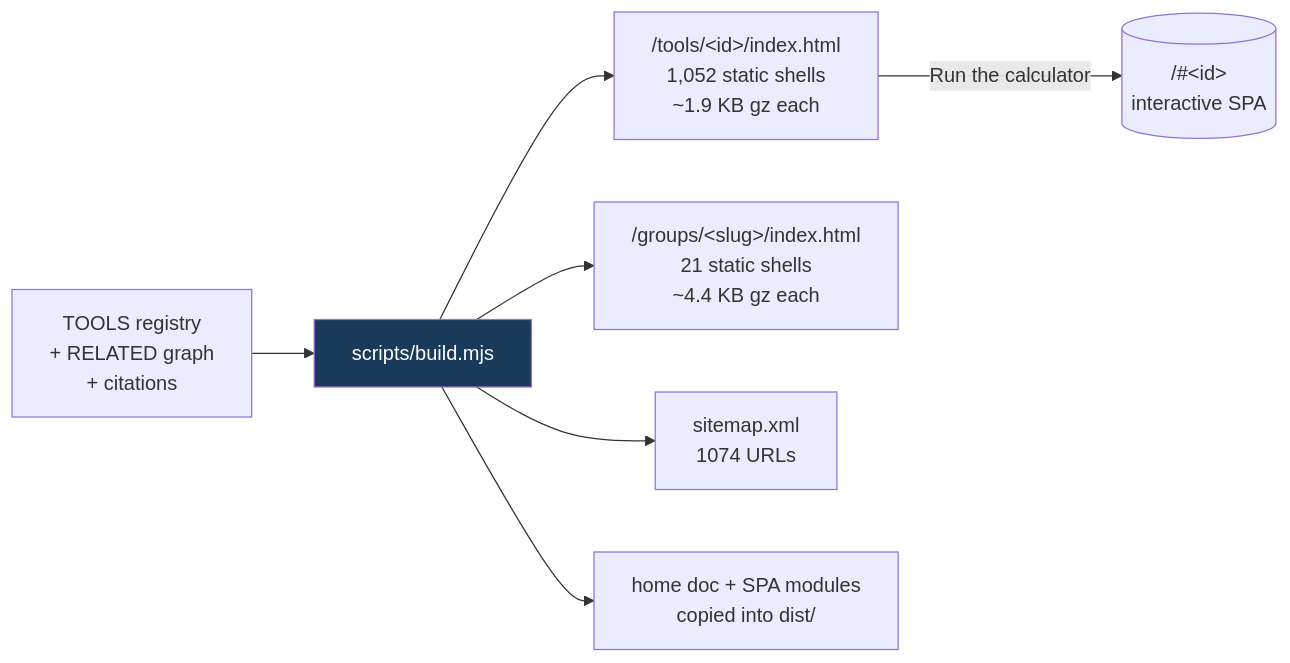
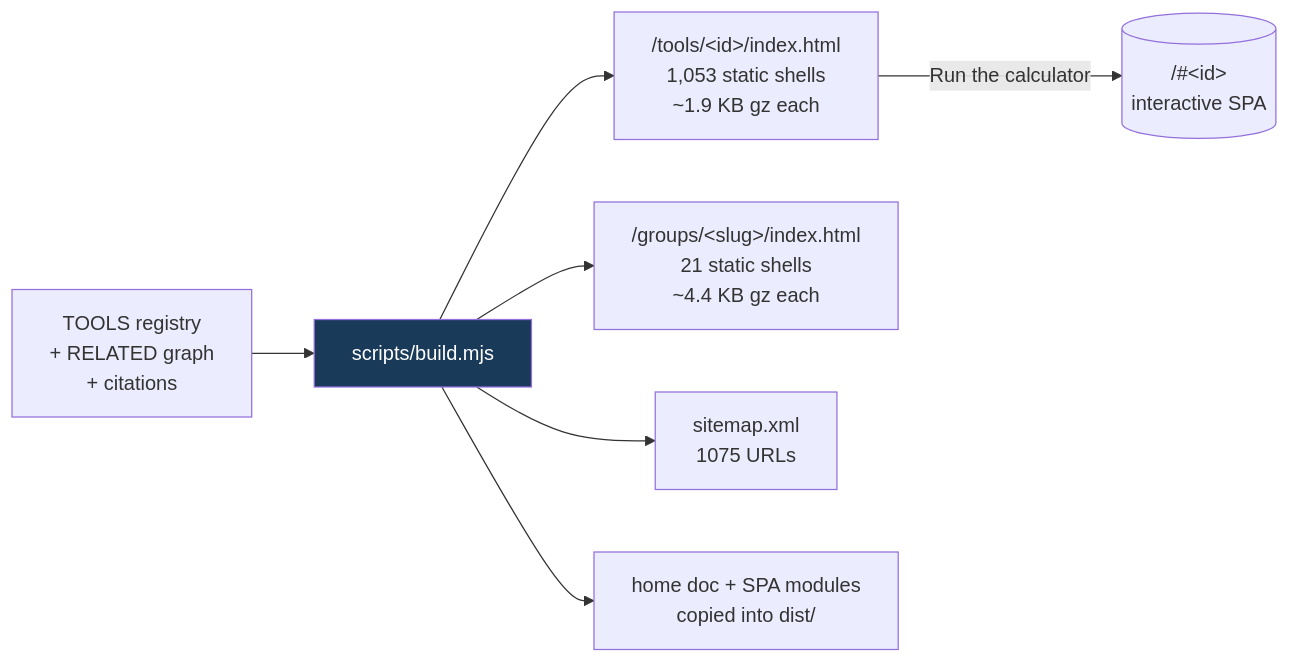
The fifth of 8 diagrams in README.md (clay-good/roughlogic.com), drawn with Mermaid before and after one commit. The commit also changed other lines of this file and 14 other files, not shown here.

````diff
--- a/README.md
+++ b/README.md
@@ -495,10 +495,10 @@
 ```mermaid
 flowchart LR
     SRC[TOOLS registry\n+ RELATED graph\n+ citations] --> BUILD[scripts/build.mjs]
-    BUILD --> TILE["/tools/&lt;id&gt;/index.html\n1,052 static shells\n~1.9 KB gz each"]
+    BUILD --> TILE["/tools/&lt;id&gt;/index.html\n1,053 static shells\n~1.9 KB gz each"]
     BUILD --> GROUP["/groups/&lt;slug&gt;/index.html\n21 static shells\n~4.4 KB gz each"]
-    BUILD --> MAP["sitemap.xml\n1074 URLs"]
+    BUILD --> MAP["sitemap.xml\n1075 URLs"]
     BUILD --> COPY[home doc + SPA modules\ncopied into dist/]
     TILE -->|Run the calculator| SPA[("/#&lt;id&gt;\ninteractive SPA")]
     style BUILD fill:#1a3a5a,color:#fff
 ```
````
